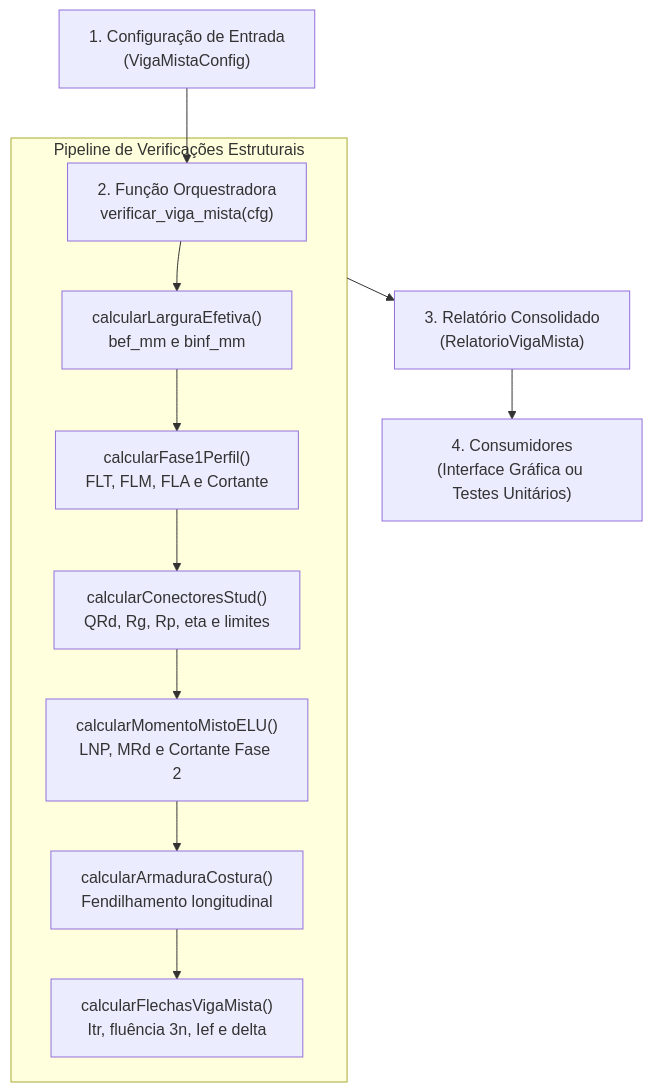
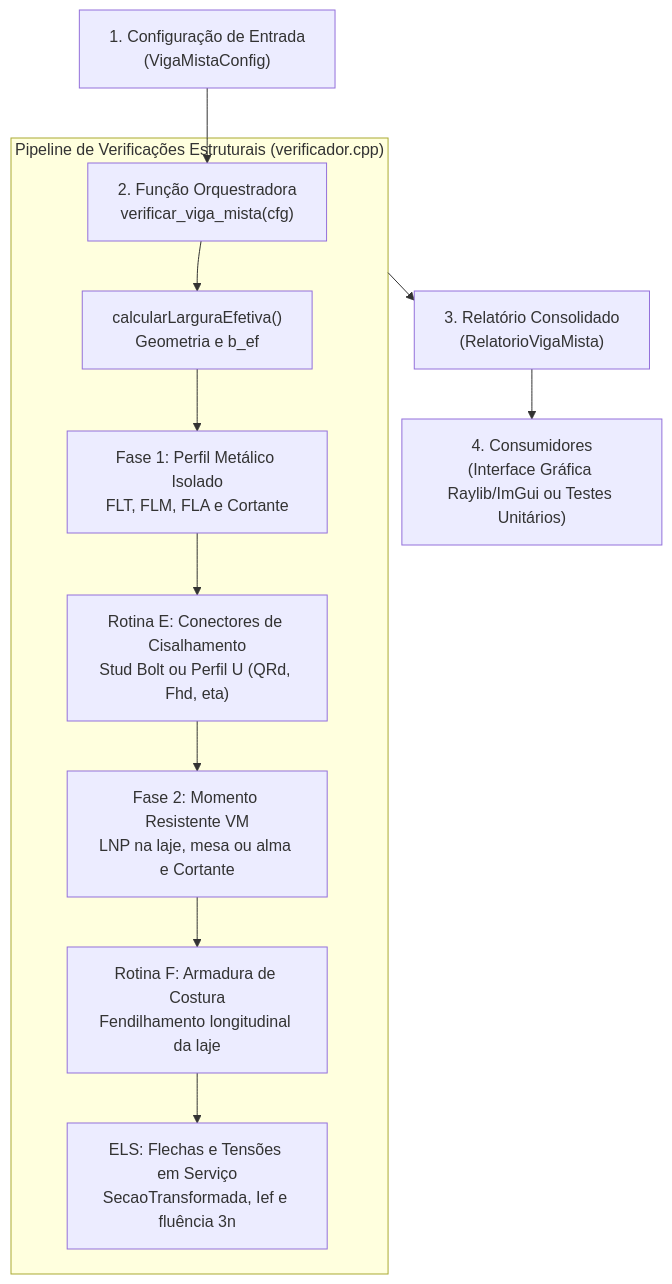
The first of 8 diagrams in docs/GUIA_DE_EXECUCAO_E_METODOS_VIGA_MISTA.md (ufu-feciv-ic/VMP), drawn with Mermaid before and after one commit. The commit also changed other lines of this file, not shown here.

````diff
--- a/docs/GUIA_DE_EXECUCAO_E_METODOS_VIGA_MISTA.md
+++ b/docs/GUIA_DE_EXECUCAO_E_METODOS_VIGA_MISTA.md
@@ -11,16 +11,16 @@
 ```mermaid
 flowchart TD
     CFG["1. Configuração de Entrada<br/>(VigaMistaConfig)"] --> ORQ["2. Função Orquestradora<br/>verificar_viga_mista(cfg)"]
     
-    subgraph Pipeline["Pipeline de Verificações Estruturais"]
-        ORQ --> S1["calcularLarguraEfetiva()<br/>bef_mm e binf_mm"]
-        S1 --> S2["calcularFase1Perfil()<br/>FLT, FLM, FLA e Cortante"]
-        S2 --> S3["calcularConectoresStud()<br/>QRd, Rg, Rp, eta e limites"]
-        S3 --> S4["calcularMomentoMistoELU()<br/>LNP, MRd e Cortante Fase 2"]
-        S4 --> S5["calcularArmaduraCostura()<br/>Fendilhamento longitudinal"]
-        S5 --> S6["calcularFlechasVigaMista()<br/>Itr, fluência 3n, Ief e delta"]
+    subgraph Orquestrador["Pipeline de Verificações Estruturais (verificador.cpp)"]
+        ORQ --> S0["calcularLarguraEfetiva()<br/>Geometria e b_ef"]
+        S0 --> S1["Fase 1: Perfil Metálico Isolado<br/>FLT, FLM, FLA e Cortante"]
+        S1 --> S2["Rotina E: Conectores de Cisalhamento<br/>Stud Bolt ou Perfil U (QRd, Fhd, eta)"]
+        S2 --> S3["Fase 2: Momento Resistente VM<br/>LNP na laje, mesa ou alma e Cortante"]
+        S3 --> S4["Rotina F: Armadura de Costura<br/>Fendilhamento longitudinal da laje"]
+        S4 --> S5["ELS: Flechas e Tensões em Serviço<br/>SecaoTransformada, Ief e fluência 3n"]
     end
     
-    Pipeline --> REL["3. Relatório Consolidado<br/>(RelatorioVigaMista)"]
-    REL --> GUI["4. Consumidores<br/>(Interface Gráfica ou Testes Unitários)"]
+    Orquestrador --> REL["3. Relatório Consolidado<br/>(RelatorioVigaMista)"]
+    REL --> GUI["4. Consumidores<br/>(Interface Gráfica Raylib/ImGui ou Testes Unitários)"]
 ```
````
